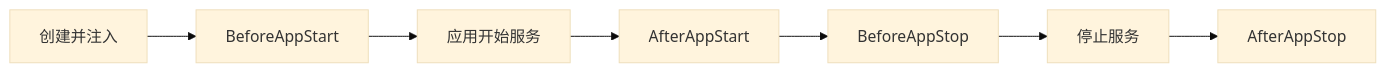
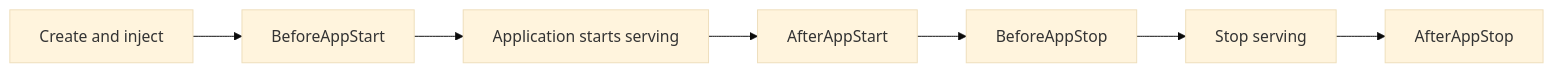
The diagram in docs/framework/components.md (yorun-ai/vine-site), drawn with Mermaid (base theme) before and after one commit. The commit also changed other lines of this file and 107 other files, not shown here.

````diff
--- a/docs/framework/components.md
+++ b/docs/framework/components.md
@@ -77,5 +77,5 @@
 ```mermaid
 flowchart LR
-  Create["创建并注入"] --> BeforeStart["BeforeAppStart"] --> Start["应用开始服务"] --> AfterStart["AfterAppStart"]
-  AfterStart --> BeforeStop["BeforeAppStop"] --> Stop["停止服务"] --> AfterStop["AfterAppStop"]
+  Create["Create and inject"] --> BeforeStart["BeforeAppStart"] --> Start["Application starts serving"] --> AfterStart["AfterAppStart"]
+  AfterStart --> BeforeStop["BeforeAppStop"] --> Stop["Stop serving"] --> AfterStop["AfterAppStop"]
 ```
````
